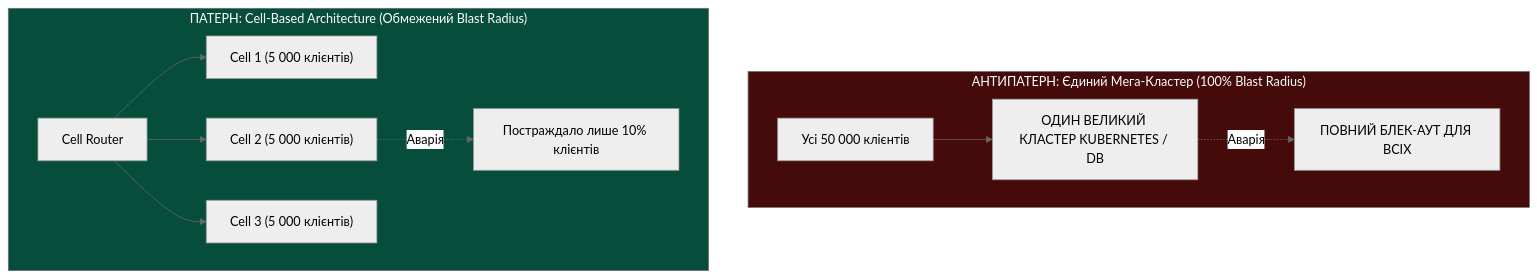
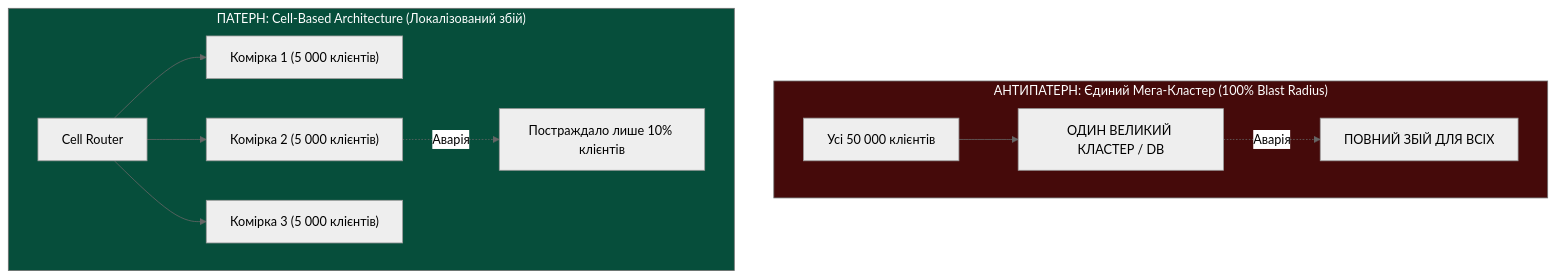
One commit to vplanto/cloud_grid changed the third of 3 diagrams in docs/04_multitenancy_noisy_neighbor.md. Above: the diagram before and after it, drawn with Mermaid (neutral theme). The commit also changed other lines of this file, not shown here.

````diff
--- a/docs/04_multitenancy_noisy_neighbor.md
+++ b/docs/04_multitenancy_noisy_neighbor.md
@@ -350,17 +373,17 @@
 ```mermaid
 flowchart TD
     subgraph MegaCluster ["АНТИПАТЕРН: Єдиний Мега-Кластер (100% Blast Radius)"]
-        ALL_T["Усі 50 000 клієнтів"] --> ONE_K8S["ОДИН ВЕЛИКИЙ КЛАСТЕР KUBERNETES / DB"]
-        ONE_K8S -.->|Аварія| DEAD["ПОВНИЙ БЛЕК-АУТ ДЛЯ ВСІХ"]
+        ALL_T["Усі 50 000 клієнтів"] --> ONE_SYS["ОДИН ВЕЛИКИЙ КЛАСТЕР / DB"]
+        ONE_SYS -.->|Аварія| DEAD["ПОВНИЙ ЗБІЙ ДЛЯ ВСІХ"]
     end
 
-    subgraph CellArch ["ПАТЕРН: Cell-Based Architecture (Обмежений Blast Radius)"]
-        ROUTER["Cell Router"] --> C1["Cell 1 (5 000 клієнтів)"]
-        ROUTER --> C2["Cell 2 (5 000 клієнтів)"]
-        ROUTER --> C3["Cell 3 (5 000 клієнтів)"]
+    subgraph CellArch ["ПАТЕРН: Cell-Based Architecture (Локалізований збій)"]
+        ROUTER["Cell Router"] --> C1["Комірка 1 (5 000 клієнтів)"]
+        ROUTER --> C2["Комірка 2 (5 000 клієнтів)"]
+        ROUTER --> C3["Комірка 3 (5 000 клієнтів)"]
         C2 -.->|Аварія| DOWN["Постраждало лише 10% клієнтів"]
     end
 
     style MegaCluster fill:#450a0a,color:#fff
     style CellArch fill:#064e3b,color:#fff
 ```
````
